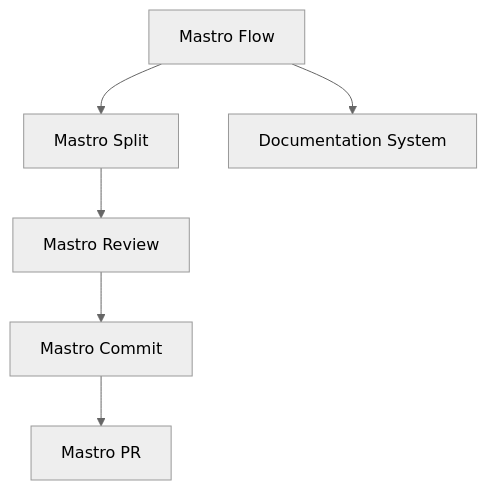
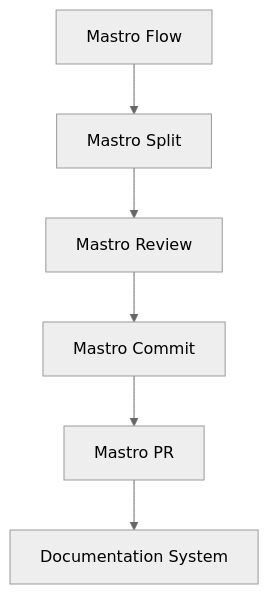
Before and after one commit to geogoesbeepboop/refiner: the first of 3 diagrams in docs/architecture.md, drawn with Mermaid (neutral theme). The commit also changed other lines of this file and 6 other files, not shown here.

````diff
--- a/docs/architecture.md
+++ b/docs/architecture.md
@@ -40,8 +38,8 @@
 ```mermaid
 graph TD;
     A[Mastro Flow] --> B[Mastro Split];
     B --> C[Mastro Review];
     C --> D[Mastro Commit];
     D --> E[Mastro PR];
-    A --> F[Documentation System];
+    E --> F[Documentation System];
 ```
````
